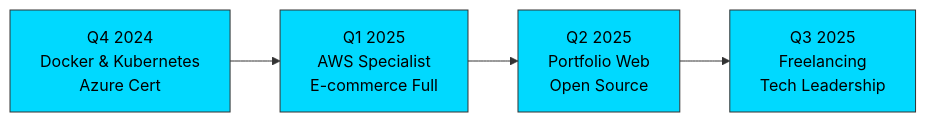
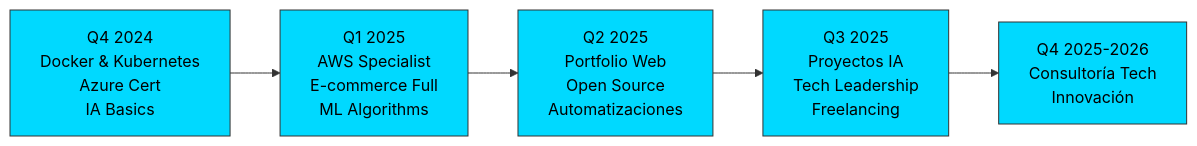
The diagram in README.md (Jerzygroxx/Jerzygroxx), drawn with Mermaid before and after one commit. The commit also changed other lines of this file, not shown here.

Commit message:
✨ Actualizar perfil: agregar IA, automatizaciones y contactos actualizados

````diff
--- a/README.md
+++ b/README.md
@@ -189,11 +205,13 @@
 ```mermaid
 graph LR
-    A["Q4 2024<br/>Docker & Kubernetes<br/>Azure Cert"] --> B["Q1 2025<br/>AWS Specialist<br/>E-commerce Full"]
-    B --> C["Q2 2025<br/>Portfolio Web<br/>Open Source"]
-    C --> D["Q3 2025<br/>Freelancing<br/>Tech Leadership"]
+    A["Q4 2024<br/>Docker & Kubernetes<br/>Azure Cert<br/>IA Basics"] --> B["Q1 2025<br/>AWS Specialist<br/>E-commerce Full<br/>ML Algorithms"]
+    B --> C["Q2 2025<br/>Portfolio Web<br/>Open Source<br/>Automatizaciones"]
+    C --> D["Q3 2025<br/>Proyectos IA<br/>Tech Leadership<br/>Freelancing"]
+    D --> E["Q4 2025-2026<br/>Consultoría Tech<br/>Innovación"]
     
     style A fill:#00d9ff,stroke:#333,color:#000
     style B fill:#00d9ff,stroke:#333,color:#000
     style C fill:#00d9ff,stroke:#333,color:#000
     style D fill:#00d9ff,stroke:#333,color:#000
+    style E fill:#00d9ff,stroke:#333,color:#000
 ```
````
